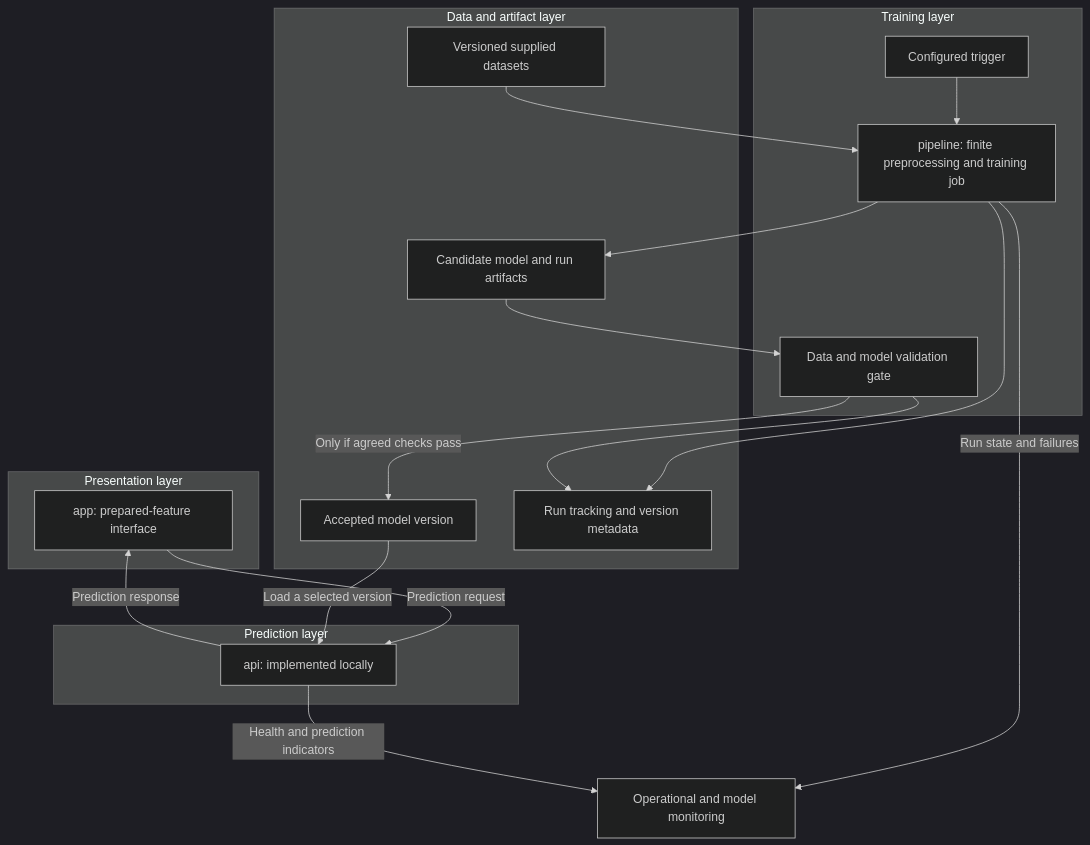
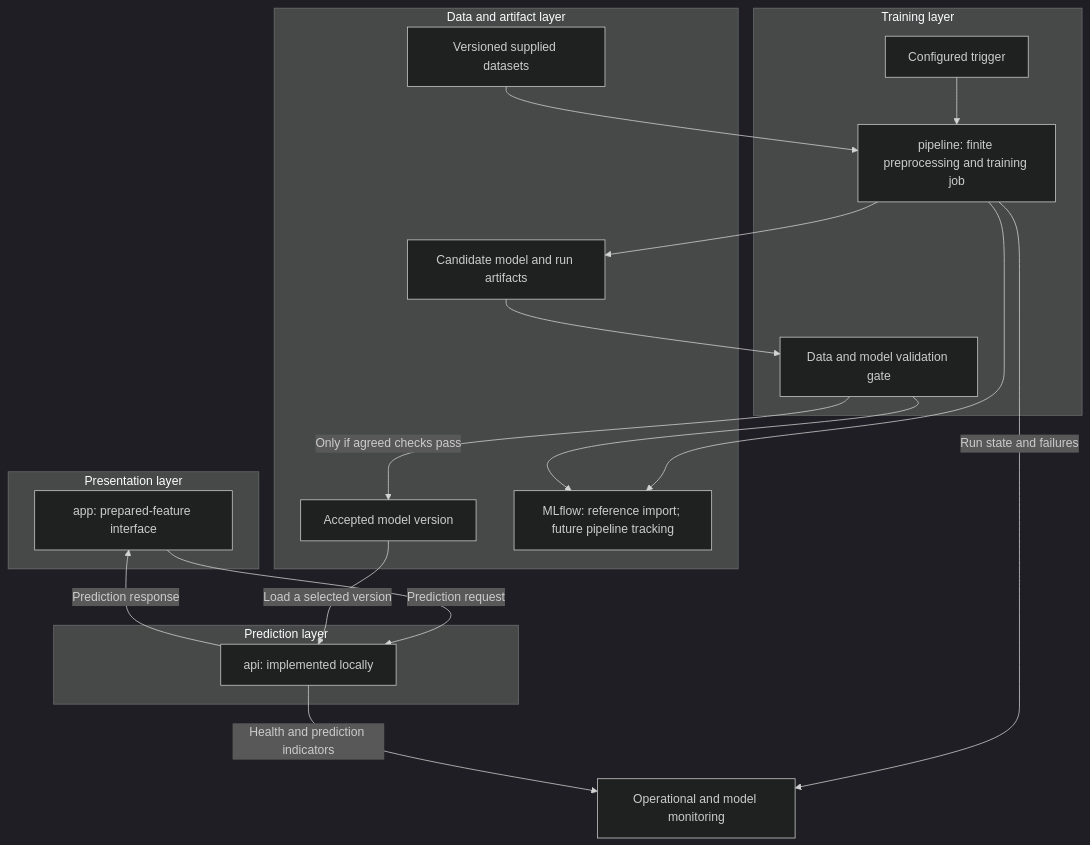
Before and after one commit to SiR1979/Template_MLOps_accidents: the fifth of 5 diagrams in docs/architecture.md, drawn with Mermaid (dark theme). The commit also changed other lines of this file and 7 other files, not shown here.

Commit message:
Add isolated local MLflow reference tracking

````diff
--- a/docs/architecture.md
+++ b/docs/architecture.md
@@ -182,38 +206,38 @@
 ```mermaid
 flowchart TD
     subgraph PRESENTATION["Presentation layer"]
         APP["app: prepared-feature interface"]
     end
 
     subgraph SERVING["Prediction layer"]
         API["api: implemented locally"]
     end
 
     subgraph JOBS["Training layer"]
         TRIGGER["Configured trigger"]
         PIPELINE["pipeline: finite preprocessing and training job"]
         GATE["Data and model validation gate"]
     end
 
     subgraph STORAGE["Data and artifact layer"]
         DATASETS["Versioned supplied datasets"]
         CANDIDATE["Candidate model and run artifacts"]
         ACCEPTED["Accepted model version"]
-        TRACKING["Run tracking and version metadata"]
+        TRACKING["MLflow: reference import; future pipeline tracking"]
     end
 
     MONITOR["Operational and model monitoring"]
 
     APP -->|"Prediction request"| API
     API -->|"Prediction response"| APP
     ACCEPTED -->|"Load a selected version"| API
     TRIGGER --> PIPELINE
     DATASETS --> PIPELINE
     PIPELINE --> CANDIDATE
     CANDIDATE --> GATE
     GATE -->|"Only if agreed checks pass"| ACCEPTED
     PIPELINE --> TRACKING
     GATE --> TRACKING
     PIPELINE -->|"Run state and failures"| MONITOR
     API -->|"Health and prediction indicators"| MONITOR
 ```
````
